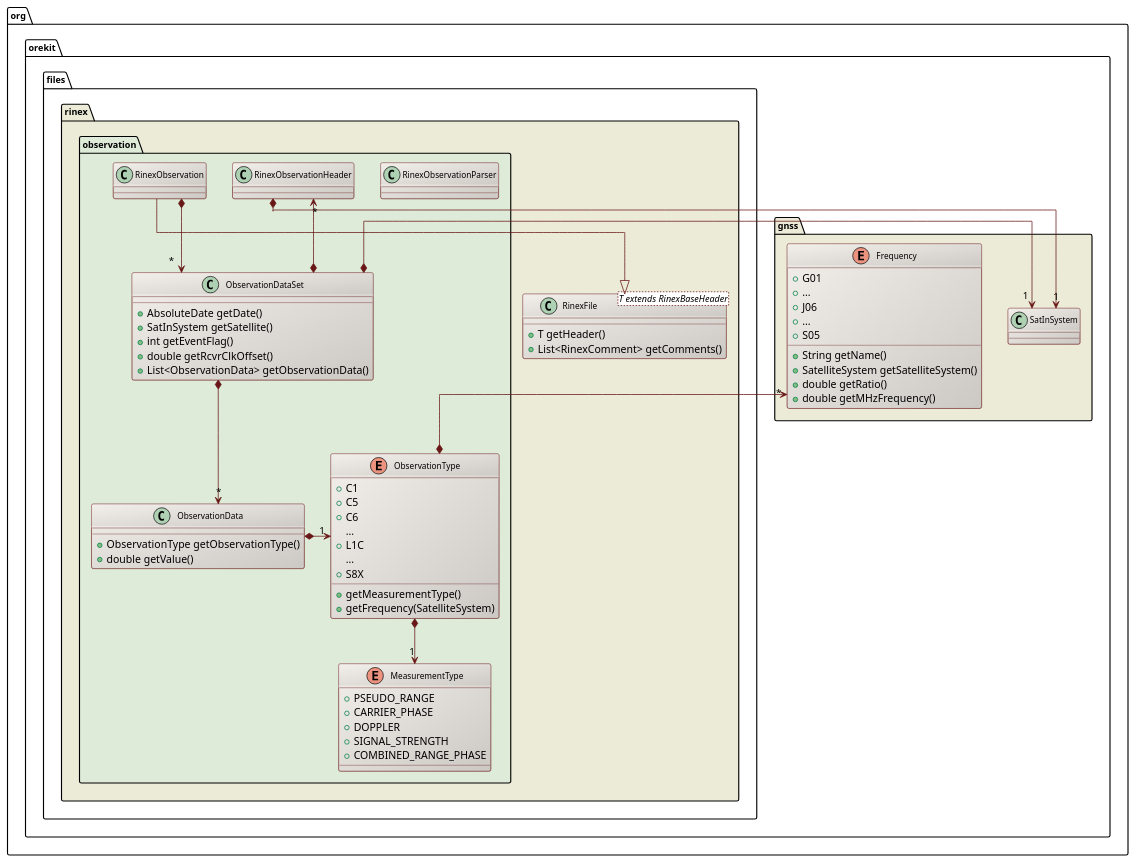
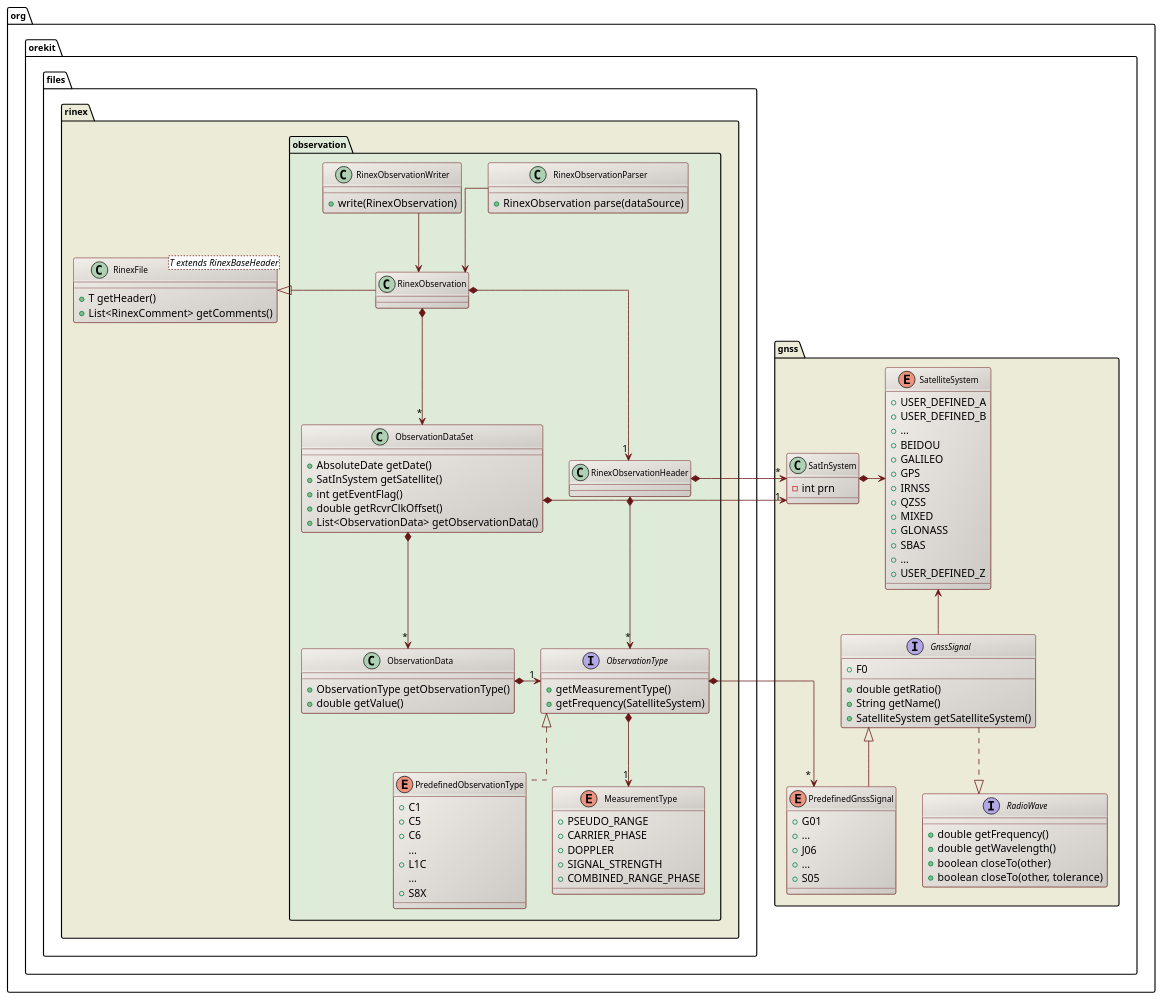
The diagram in src/design/gnss-rinex-class-diagram.puml (CS-SI/Orekit), drawn with PlantUML before and after one commit. The commit also changed 25 other files, not shown here.

First line of the commit message:
Changed ObservationType to an interface, PredefinedObservationType being a new enum.

```diff
--- a/src/design/gnss-rinex-class-diagram.puml
+++ b/src/design/gnss-rinex-class-diagram.puml
@@ -17,88 +17,135 @@
 @startuml
 
   skinparam svek                  true
   skinparam ClassBackgroundColor  #F3EFEB/CCC9C5
   skinparam ClassArrowColor       #691616
   skinparam ClassBorderColor      #691616
   skinparam NoteBackgroundColor   #F3EFEB
   skinparam NoteBorderColor       #691616
   skinparam NoteFontColor         #691616
   skinparam ClassFontSize         11
   skinparam PackageFontSize       12
   skinparam linetype              ortho
 
   package org.orekit.gnss #ECEBD8 {
-    class SatInSystem
-    
-    enum Frequency {
+
+    class SatInSystem {
+      -int prn
+    }
+
+    enum SatelliteSystem {
+      +USER_DEFINED_A
+      +USER_DEFINED_B
+      +...
+      +BEIDOU
+      +GALILEO
+      +GPS
+      +IRNSS
+      +QZSS
+      +MIXED
+      +GLONASS
+      +SBAS
+      +...
+      +USER_DEFINED_Z
+    }
+
+    interface GnssSignal {
+      +F0
+      +double getRatio()
+      +String getName()
+      +SatelliteSystem getSatelliteSystem()
+    }
+
+    interface RadioWave {
+      +double getFrequency()
+      +double getWavelength()
+      +boolean closeTo(other)
+      +boolean closeTo(other, tolerance)
+    }
+
+    enum PredefinedGnssSignal {
       +G01
       +...
       +J06
       +...
       +S05
-      +String getName()
-      +SatelliteSystem getSatelliteSystem()
-      +double getRatio()
-      +double getMHzFrequency()
     }
+
+    SatInSystem     *-right-> SatelliteSystem
+    SatelliteSystem <--       GnssSignal
+    GnssSignal       ..|>     RadioWave
+    GnssSignal     <|--       PredefinedGnssSignal
+
   }
 
   package org.orekit.files.rinex #ECEBD8 {
   
     class "RinexFile<T extends RinexBaseHeader>" as RinexFile {
       +T getHeader()
       +List<RinexComment> getComments()
     }
 
     package observation #DDEBD8 {
 
-      class RinexObservationParser
+      class RinexObservationParser {
+       +RinexObservation parse(dataSource)
+      }
+      class RinexObservationWriter {
+        +write(RinexObservation)
+      }
 
-      enum ObservationType {
+      interface ObservationType {
+        +getMeasurementType()
+        +getFrequency(SatelliteSystem)
+      }
+
+      enum PredefinedObservationType {
         +C1
         +C5
         +C6
         ...
         +L1C
         ...
         +S8X
-        +getMeasurementType()
-        +getFrequency(SatelliteSystem)
       }
       
       enum MeasurementType {
         +PSEUDO_RANGE
         +CARRIER_PHASE
         +DOPPLER
         +SIGNAL_STRENGTH
         +COMBINED_RANGE_PHASE
       }
 
       class ObservationData {
         +ObservationType getObservationType()
         +double getValue()
       }
       
       class ObservationDataSet {
         +AbsoluteDate getDate()
         +SatInSystem getSatellite()
         +int getEventFlag()
         +double getRcvrClkOffset()
         +List<ObservationData> getObservationData()
       }
 
-      ObservationDataSet         *-left-> "1" SatInSystem
-      RinexObservationHeader     *-->     "1" SatInSystem
-      RinexObservationHeader "*" <--*         ObservationDataSet
-      RinexObservation           *-->     "*" ObservationDataSet
-      ObservationDataSet         *-->     "*" ObservationData
-      ObservationType        "1" <-left-*     ObservationData
-      ObservationType            *-->     "1" MeasurementType
-      ObservationType            *-->     "*" Frequency
-      RinexObservation           --|>         RinexFile
+      ObservationDataSet         *-left->  "1" SatInSystem
+      RinexObservationHeader     *-->      "*" SatInSystem
+      RinexObservationHeader     *-->      "*" ObservationType
+      RinexObservation           *-->      "*" ObservationDataSet
+      RinexObservation           *-->      "1" RinexObservationHeader
+      ObservationDataSet         *-->      "*" ObservationData
+      ObservationData            *-right-> "1" ObservationType
+      ObservationType            *-->      "1" MeasurementType
+      ObservationType            *-->      "*" PredefinedGnssSignal
+      ObservationType           <|..           PredefinedObservationType
+      RinexObservationParser     -->           RinexObservation
+      RinexObservationWriter     -->           RinexObservation
+      RinexFile                 <|-left-       RinexObservation
 
     }
 
   }
 
 @enduml
```
